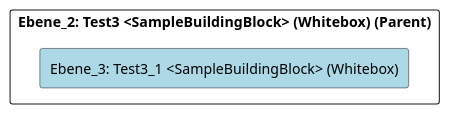
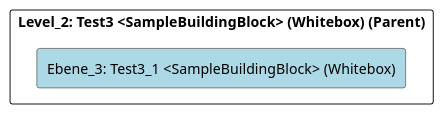
The diagram in src/cleon.architecturemethods.arc42.sample/doc/cleon_architecturemethods_arc42_sample_arc42/adoc/de/05_bausteinsicht/chess/test3/test3_1/ebene_3_test3_1.adoc (marcozwyssig/cleon), drawn with PlantUML before and after one commit. The commit also changed other lines of this file and 169 other files, not shown here.

```diff
--- a/src/cleon.architecturemethods.arc42.sample/doc/cleon_architecturemethods_arc42_sample_arc42/adoc/de/05_bausteinsicht/chess/test3/test3_1/ebene_3_test3_1.adoc
+++ b/src/cleon.architecturemethods.arc42.sample/doc/cleon_architecturemethods_arc42_sample_arc42/adoc/de/05_bausteinsicht/chess/test3/test3_1/ebene_3_test3_1.adoc
@@ -20,24 +20,24 @@
 [plantuml, Ebene_3: Test3_1 <SampleBuildingBlock> (Whitebox)BlockOverview, format="svg"]
 ----
 @startuml Ebene_3: Test3_1 <SampleBuildingBlock> (Whitebox)BuildingBlockOverview
 
 skinparam ranksep 10
 skinparam componentStyle rectangle
 skinparam shadowing false
 skinparam arrowColor lightblue
 skinparam arrowThickness 1.2
 skinparam rectangle {
   BackgroundColor White
   BorderColor #333
   RoundCorner 10
 }
 top to bottom direction
 
-component "Ebene_2: Test3 <SampleBuildingBlock> (Whitebox) (Parent)" {
+component "Level_2: Test3 <SampleBuildingBlock> (Whitebox) (Parent)" {
     component "Ebene_3: Test3_1 <SampleBuildingBlock> (Whitebox)" #lightblue {
     }
 
 }
 
 @enduml
 ----
```
